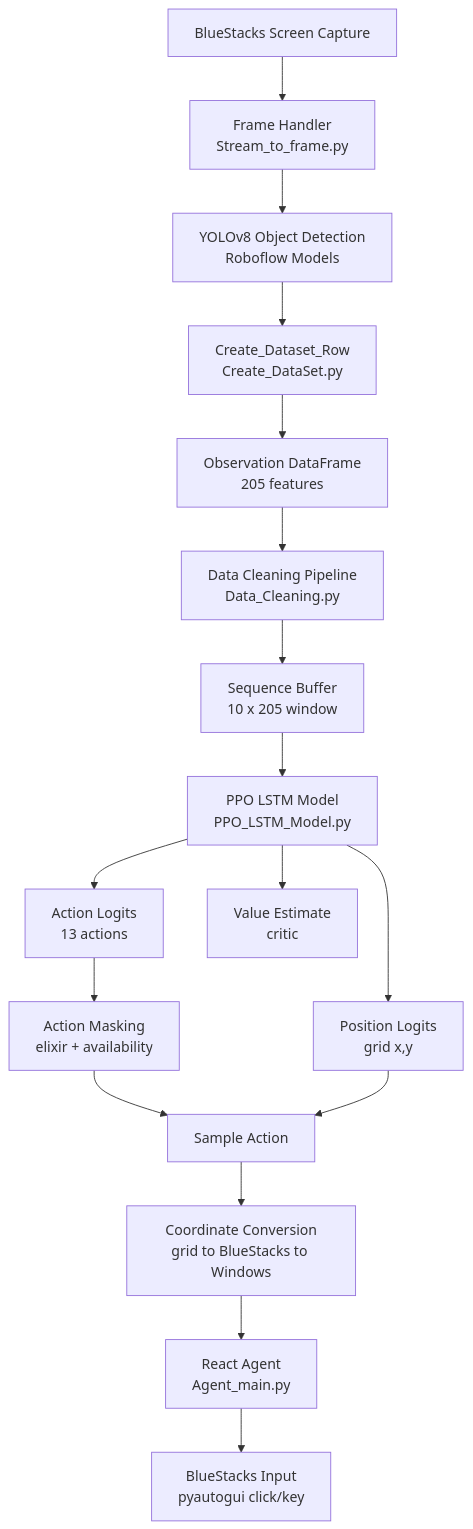
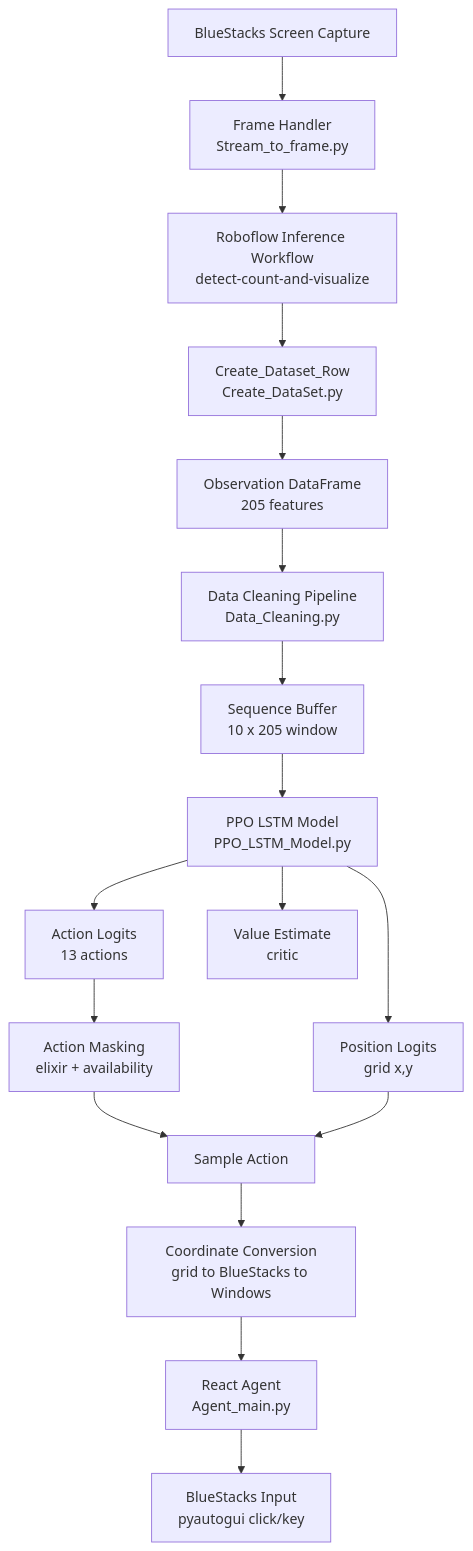
The first of 2 diagrams in README.md (XSlayerDzX/Reinforcement-Learning-AiAgent), drawn with Mermaid before and after one commit. The commit also changed other lines of this file, not shown here.

First line of the commit message:
Revise README for Roboflow integration and setup

````diff
--- a/README.md
+++ b/README.md
@@ -33,19 +33,19 @@
 ```mermaid
 flowchart TD
     A[BlueStacks Screen Capture] --> B[Frame Handler\nStream_to_frame.py]
-    B --> C[YOLOv8 Object Detection\nRoboflow Models]
+    B --> C[Roboflow Inference Workflow\ndetect-count-and-visualize]
     C --> D[Create_Dataset_Row\nCreate_DataSet.py]
     D --> E[Observation DataFrame\n205 features]
     E --> F[Data Cleaning Pipeline\nData_Cleaning.py]
     F --> G[Sequence Buffer\n10 x 205 window]
     G --> H[PPO LSTM Model\nPPO_LSTM_Model.py]
     H --> I1[Action Logits\n13 actions]
     H --> I2[Position Logits\ngrid x,y]
     H --> I3[Value Estimate\ncritic]
     I1 --> J[Action Masking\nelixir + availability]
     J --> K[Sample Action]
     I2 --> K
     K --> L[Coordinate Conversion\ngrid to BlueStacks to Windows]
     L --> M[React Agent\nAgent_main.py]
     M --> N[BlueStacks Input\npyautogui click/key]
 ```
````
